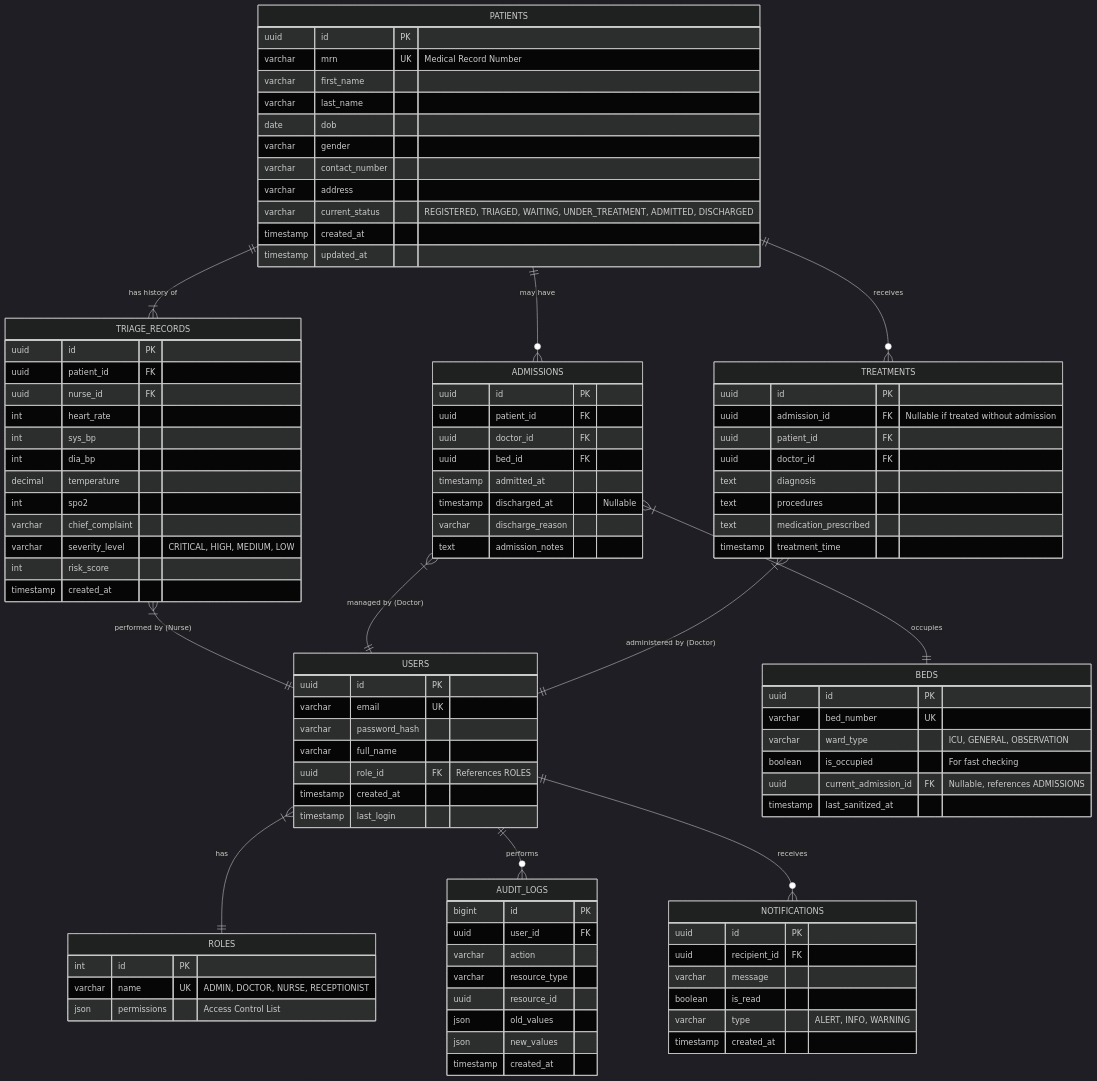
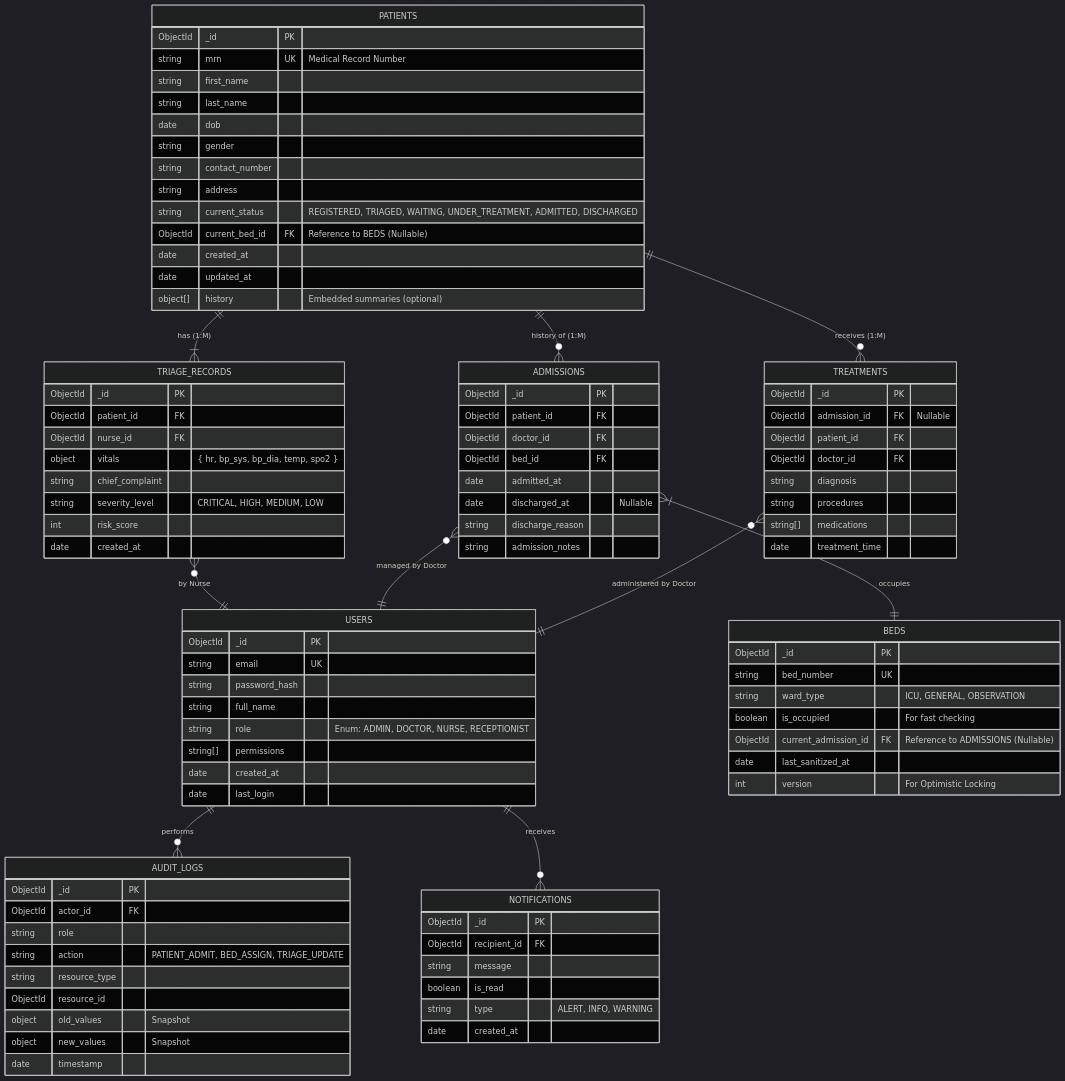
The diagram in ErDiagram.md (kantrolv/emergency-room-workflow), drawn with Mermaid (dark theme) before and after one commit. The commit also changed other lines of this file and 4 other files, not shown here.

Commit message:
Update system design for Node.js + MongoDB stack and diagrams

````diff
--- a/ErDiagram.md
+++ b/ErDiagram.md
@@ -3,119 +3,116 @@
 ```mermaid
 erDiagram
 
-    %% User Management
+    %% User Collection
     USERS {
-        uuid id PK
-        varchar email UK
-        varchar password_hash
-        varchar full_name
-        uuid role_id FK "References ROLES"
-        timestamp created_at
-        timestamp last_login
+        ObjectId _id PK
+        string email UK
+        string password_hash
+        string full_name
+        string role "Enum: ADMIN, DOCTOR, NURSE, RECEPTIONIST"
+        string[] permissions
+        date created_at
+        date last_login
     }
 
-    ROLES {
-        int id PK
-        varchar name UK "ADMIN, DOCTOR, NURSE, RECEPTIONIST"
-        json permissions "Access Control List"
+    %% Patient Collection - Core Entity
+    PATIENTS {
+        ObjectId _id PK
+        string mrn UK "Medical Record Number"
+        string first_name
+        string last_name
+        date dob
+        string gender
+        string contact_number
+        string address
+        string current_status "REGISTERED, TRIAGED, WAITING, UNDER_TREATMENT, ADMITTED, DISCHARGED"
+        ObjectId current_bed_id FK "Reference to BEDS (Nullable)"
+        date created_at
+        date updated_at
+        object[] history "Embedded summaries (optional)"
     }
 
-    %% Patient Management
-    PATIENTS {
-        uuid id PK
-        varchar mrn UK "Medical Record Number"
-        varchar first_name
-        varchar last_name
-        date dob
-        varchar gender
-        varchar contact_number
-        varchar address
-        varchar current_status "REGISTERED, TRIAGED, WAITING, UNDER_TREATMENT, ADMITTED, DISCHARGED"
-        timestamp created_at
-        timestamp updated_at
+    %% Triage Records - High Volume (Referenced)
+    TRIAGE_RECORDS {
+        ObjectId _id PK
+        ObjectId patient_id FK
+        ObjectId nurse_id FK
+        object vitals "{ hr, bp_sys, bp_dia, temp, spo2 }"
+        string chief_complaint
+        string severity_level "CRITICAL, HIGH, MEDIUM, LOW"
+        int risk_score
+        date created_at
     }
 
-    TRIAGE_RECORDS {
-        uuid id PK
-        uuid patient_id FK
-        uuid nurse_id FK
-        int heart_rate
-        int sys_bp
-        int dia_bp
-        decimal temperature
-        int spo2
-        varchar chief_complaint
-        varchar severity_level "CRITICAL, HIGH, MEDIUM, LOW"
-        int risk_score
-        timestamp created_at
+    %% Beds - Resource Management
+    BEDS {
+        ObjectId _id PK
+        string bed_number UK
+        string ward_type "ICU, GENERAL, OBSERVATION"
+        boolean is_occupied "For fast checking"
+        ObjectId current_admission_id FK "Reference to ADMISSIONS (Nullable)"
+        date last_sanitized_at
+        int version "For Optimistic Locking"
     }
 
-    %% Beds & Admissions
-    BEDS {
-        uuid id PK
-        varchar bed_number UK
-        varchar ward_type "ICU, GENERAL, OBSERVATION"
-        boolean is_occupied "For fast checking"
-        uuid current_admission_id FK "Nullable, references ADMISSIONS"
-        timestamp last_sanitized_at
+    %% Admissions - Tracks Bed Usage history
+    ADMISSIONS {
+        ObjectId _id PK
+        ObjectId patient_id FK
+        ObjectId doctor_id FK
+        ObjectId bed_id FK
+        date admitted_at
+        date discharged_at "Nullable"
+        string discharge_reason
+        string admission_notes
     }
 
-    ADMISSIONS {
-        uuid id PK
-        uuid patient_id FK
-        uuid doctor_id FK
-        uuid bed_id FK
-        timestamp admitted_at
-        timestamp discharged_at "Nullable"
-        varchar discharge_reason
-        text admission_notes
+    %% Treatments - Clinical Notes (Can be Embedded or Referenced)
+    TREATMENTS {
+        ObjectId _id PK
+        ObjectId admission_id FK "Nullable"
+        ObjectId patient_id FK
+        ObjectId doctor_id FK
+        string diagnosis
+        string procedures
+        string[] medications
+        date treatment_time
     }
 
-    TREATMENTS {
-        uuid id PK
-        uuid admission_id FK "Nullable if treated without admission"
-        uuid patient_id FK
-        uuid doctor_id FK
-        text diagnosis
-        text procedures
-        text medication_prescribed
-        timestamp treatment_time
+    %% Audit Logs - Immutable, Append-Only
+    AUDIT_LOGS {
+        ObjectId _id PK
+        ObjectId actor_id FK
+        string role
+        string action "PATIENT_ADMIT, BED_ASSIGN, TRIAGE_UPDATE"
+        string resource_type
+        ObjectId resource_id
+        object old_values "Snapshot"
+        object new_values "Snapshot"
+        date timestamp
+    }
+    
+    %% Notifications - Event System
+    NOTIFICATIONS {
+        ObjectId _id PK
+        ObjectId recipient_id FK
+        string message
+        boolean is_read
+        string type "ALERT, INFO, WARNING"
+        date created_at
     }
 
-    %% Logs & Notifications
-    AUDIT_LOGS {
-        bigint id PK
-        uuid user_id FK
-        varchar action
-        varchar resource_type
-        uuid resource_id
-        json old_values
-        json new_values
-        timestamp created_at
-    }
-    
-    NOTIFICATIONS {
-        uuid id PK
-        uuid recipient_id FK
-        varchar message
-        boolean is_read
-        varchar type "ALERT, INFO, WARNING"
-        timestamp created_at
-    }
-
-    %% Relationships
-    USERS }|--|| ROLES : has
-    PATIENTS ||--|{ TRIAGE_RECORDS : "has history of"
-    TRIAGE_RECORDS }|--|| USERS : "performed by (Nurse)"
-    
-    PATIENTS ||--o{ ADMISSIONS : "may have"
-    ADMISSIONS }|--|| BEDS : "occupies"
-    ADMISSIONS }|--|| USERS : "managed by (Doctor)"
-    
-    PATIENTS ||--o{ TREATMENTS : "receives"
-    TREATMENTS }|--|| USERS : "administered by (Doctor)"
-    
+    %% Relationships (Logical)
     USERS ||--o{ AUDIT_LOGS : "performs"
     USERS ||--o{ NOTIFICATIONS : "receives"
     
+    PATIENTS ||--|{ TRIAGE_RECORDS : "has (1:M)"
+    TRIAGE_RECORDS }o--|| USERS : "by Nurse"
+    
+    PATIENTS ||--o{ ADMISSIONS : "history of (1:M)"
+    ADMISSIONS }|--|| BEDS : "occupies"
+    ADMISSIONS }o--|| USERS : "managed by Doctor"
+    
+    PATIENTS ||--o{ TREATMENTS : "receives (1:M)"
+    TREATMENTS }o--|| USERS : "administered by Doctor"
 ```
````
